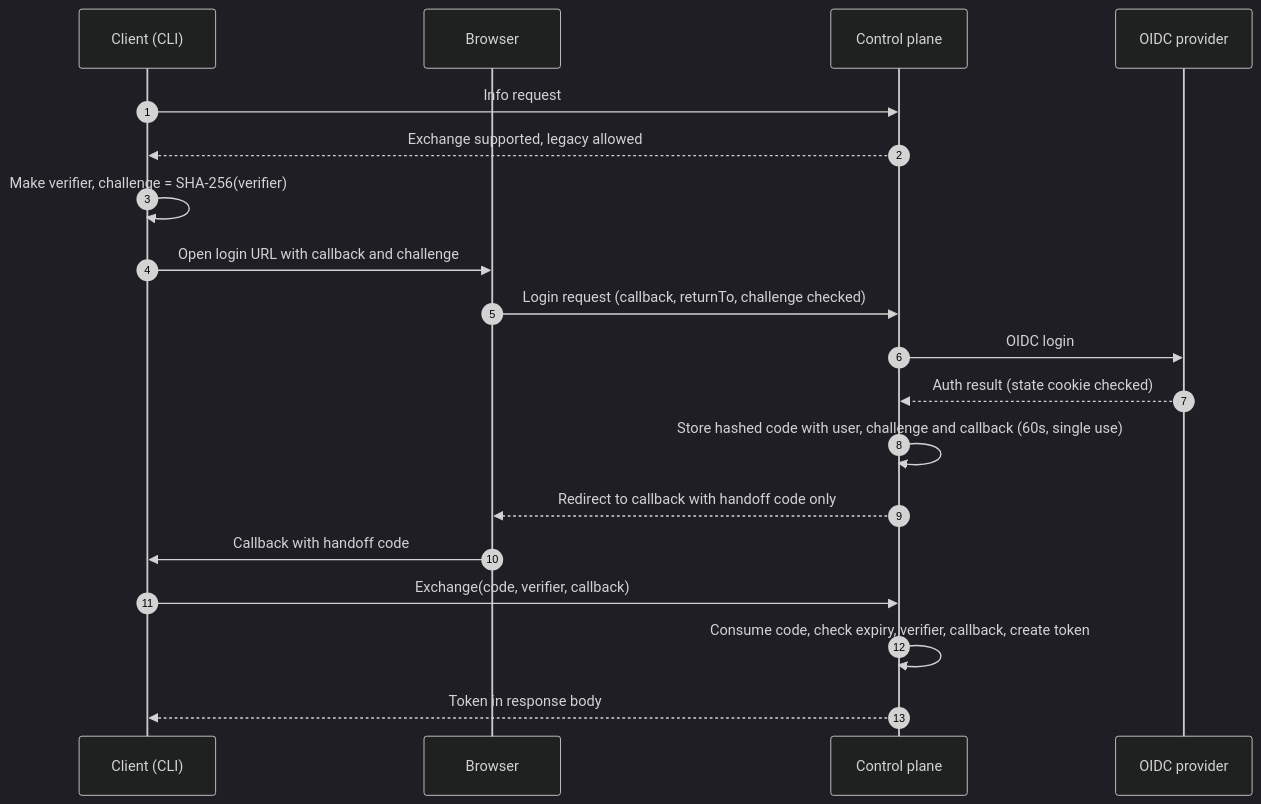
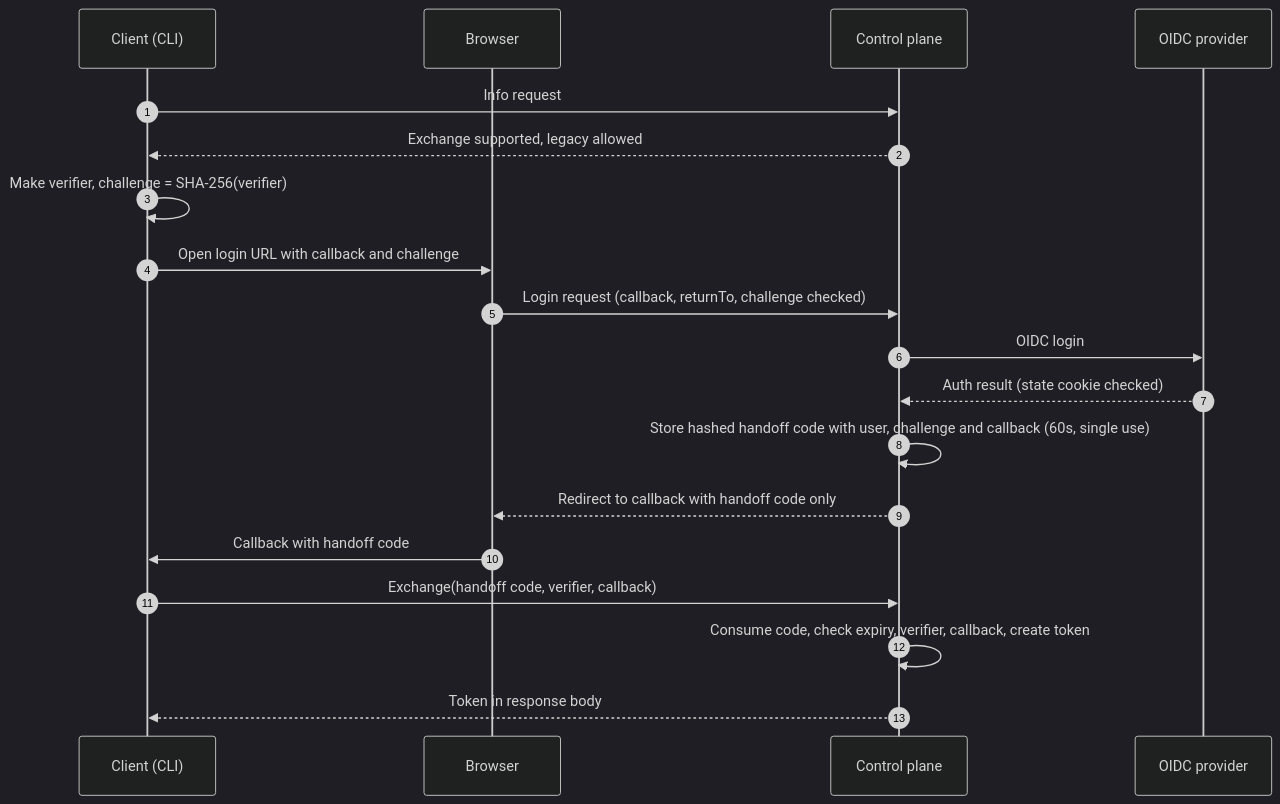
Before and after one commit to chainloop-dev/chainloop: the diagram in docs/specs/issue-3626-login-code-exchange.md, drawn with Mermaid (dark theme). The commit also changed other lines of this file, not shown here.

````diff
--- a/docs/specs/issue-3626-login-code-exchange.md
+++ b/docs/specs/issue-3626-login-code-exchange.md
@@ -104,22 +106,22 @@
 ```mermaid
 sequenceDiagram
     autonumber
     participant C as Client (CLI)
     participant B as Browser
     participant CP as Control plane
     participant I as OIDC provider
 
     C->>CP: Info request
     CP-->>C: Exchange supported, legacy allowed
     C->>C: Make verifier, challenge = SHA-256(verifier)
     C->>B: Open login URL with callback and challenge
     B->>CP: Login request (callback, returnTo, challenge checked)
     CP->>I: OIDC login
     I-->>CP: Auth result (state cookie checked)
-    CP->>CP: Store hashed code with user, challenge and callback (60s, single use)
+    CP->>CP: Store hashed handoff code with user, challenge and callback (60s, single use)
     CP-->>B: Redirect to callback with handoff code only
     B->>C: Callback with handoff code
-    C->>CP: Exchange(code, verifier, callback)
+    C->>CP: Exchange(handoff code, verifier, callback)
     CP->>CP: Consume code, check expiry, verifier, callback, create token
     CP-->>C: Token in response body
 ```
````
